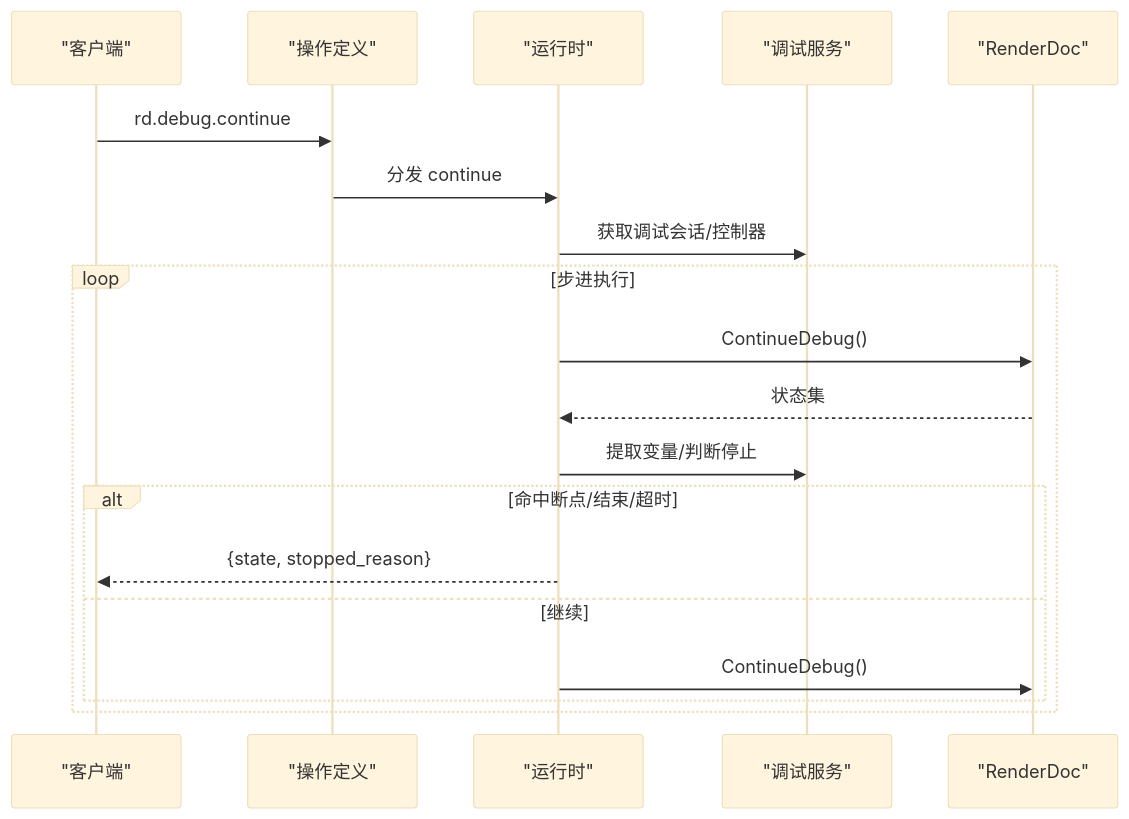
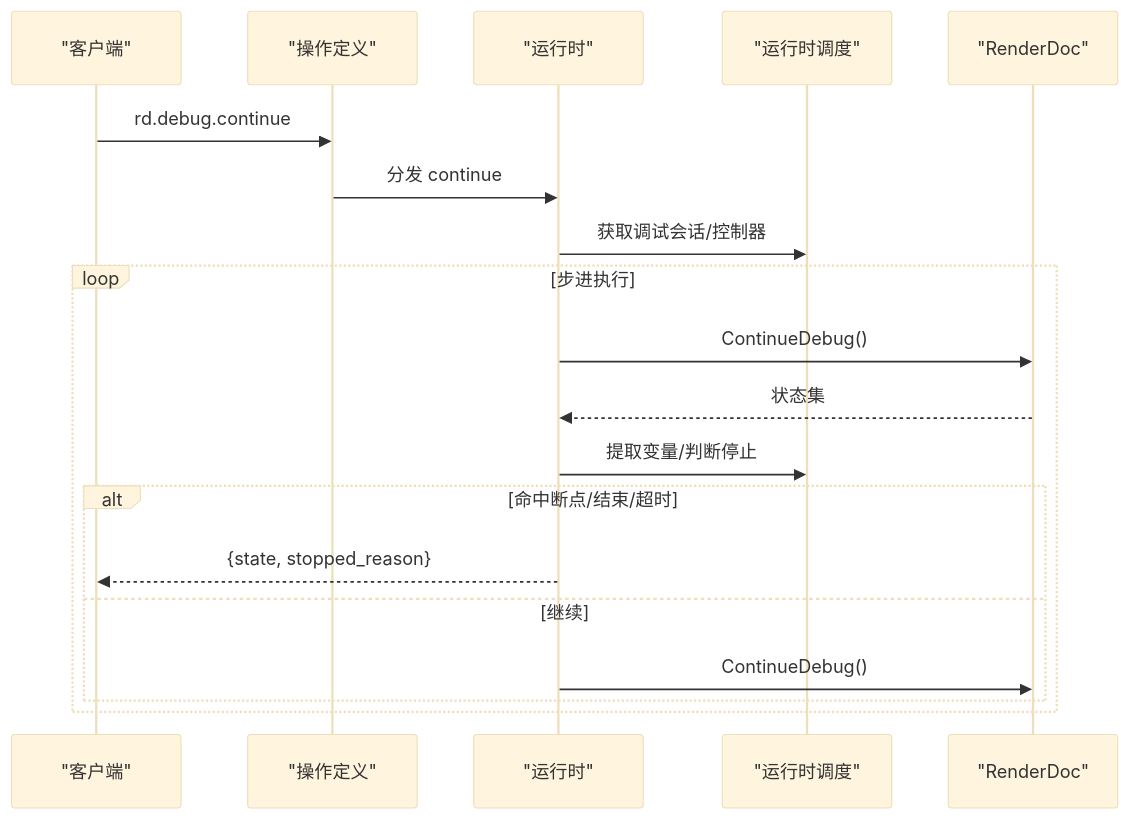
The fourth of 8 diagrams in .qoder/repowiki/zh/content/API规范/Shader调试API.md (haolange/RDC-Tool), drawn with Mermaid (base theme) before and after one commit. The commit also changed other lines of this file and 79 other files, not shown here.

````diff
--- a/.qoder/repowiki/zh/content/API规范/Shader调试API.md
+++ b/.qoder/repowiki/zh/content/API规范/Shader调试API.md
@@ -143,21 +154,21 @@
 ```mermaid
 sequenceDiagram
 participant C as "客户端"
 participant O as "操作定义"
 participant R as "运行时"
-participant S as "调试服务"
+participant S as "运行时调度"
 participant D as "RenderDoc"
 C->>O : rd.debug.continue
 O->>R : 分发 continue
 R->>S : 获取调试会话/控制器
 loop 步进执行
 R->>D : ContinueDebug()
 D-->>R : 状态集
 R->>S : 提取变量/判断停止
 alt 命中断点/结束/超时
 R-->>C : {state, stopped_reason}
 else 继续
 R->>D : ContinueDebug()
 end
 end
 ```
````
